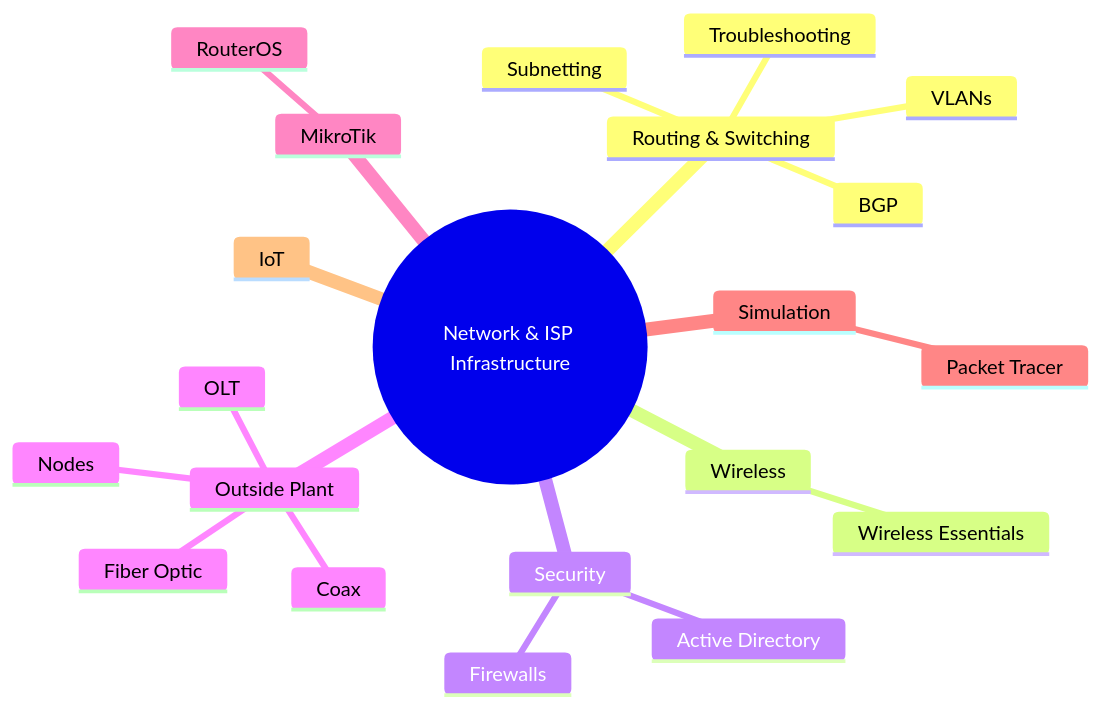
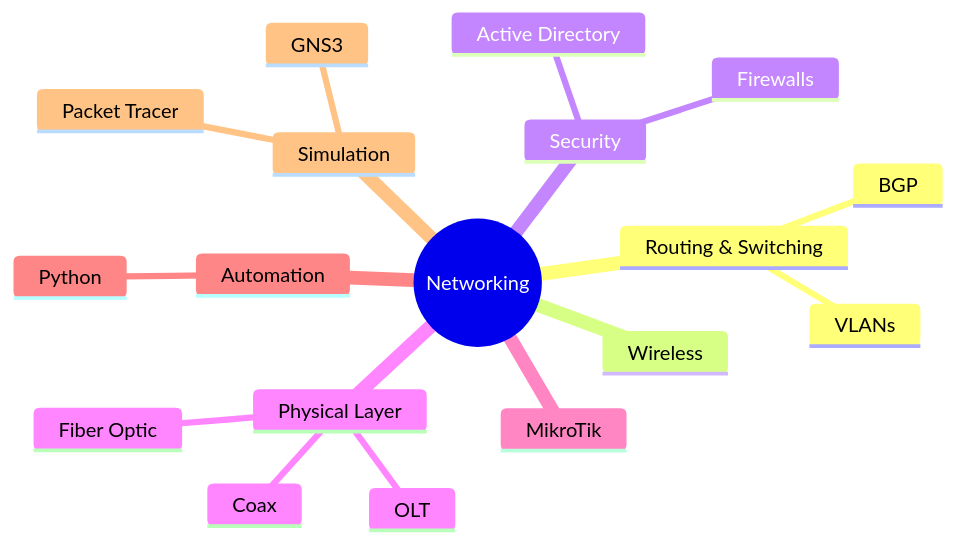
One commit to pervizajerdrin/pervizajerdrin changed the first of 3 diagrams in README.md. Above: the diagram before and after it, drawn with Mermaid. The commit also changed other lines of this file, not shown here.

Commit message:
Shrink skill map root, add Python/Automation branch, add GNS3+Python badges
Shorter root label (Networking) renders a smaller central circle.
Simplified branch structure. Ensure Cisco/MikroTik/Active Directory/
GNS3/Wireshark/Linux all have proper logos in the badge row.

````diff
--- a/README.md
+++ b/README.md
@@ -41,24 +43,21 @@
 ```mermaid
 mindmap
-  root((Network & ISP Infrastructure))
+  root((Networking))
     Routing & Switching
-      Subnetting
+      BGP
       VLANs
-      BGP
-      Troubleshooting
     Wireless
-      Wireless Essentials
     Security
       Firewalls
       Active Directory
-    Outside Plant
+    Physical Layer
       Fiber Optic
       OLT
       Coax
-      Nodes
     MikroTik
-      RouterOS
+    Automation
+      Python
     Simulation
       Packet Tracer
-    IoT
+      GNS3
 ```
````
